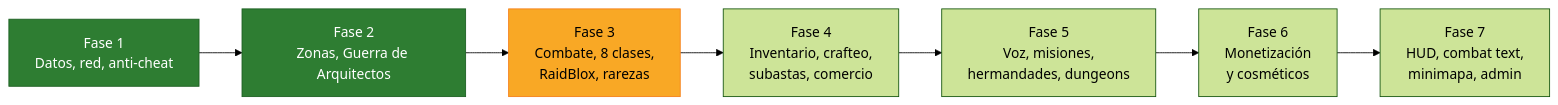
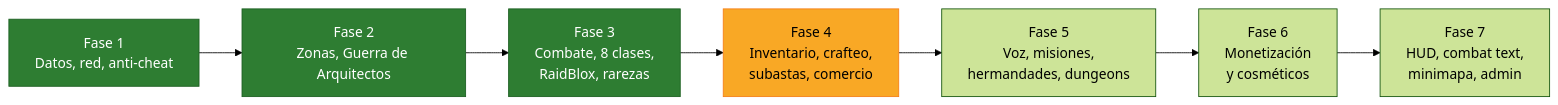
The diagram in docs/roadmap.md (vonvivant/raidblox), drawn with Mermaid (forest theme) before and after one commit. The commit also changed other lines of this file and 4 other files, not shown here.

First line of the commit message:
docs: documentación de combate con diagramas

````diff
--- a/docs/roadmap.md
+++ b/docs/roadmap.md
@@ -5,12 +5,12 @@
 ```mermaid
 flowchart LR
     F1[Fase 1<br/>Datos, red, anti-cheat]:::hecho --> F2[Fase 2<br/>Zonas, Guerra de Arquitectos]:::hecho
-    F2 --> F3[Fase 3<br/>Combate, 8 clases,<br/>RaidBlox, rarezas]:::siguiente
-    F3 --> F4[Fase 4<br/>Inventario, crafteo,<br/>subastas, comercio]
+    F2 --> F3[Fase 3<br/>Combate, 8 clases,<br/>RaidBlox, rarezas]:::hecho
+    F3 --> F4[Fase 4<br/>Inventario, crafteo,<br/>subastas, comercio]:::siguiente
     F4 --> F5[Fase 5<br/>Voz, misiones,<br/>hermandades, dungeons]
     F5 --> F6[Fase 6<br/>Monetización<br/>y cosméticos]
     F6 --> F7[Fase 7<br/>HUD, combat text,<br/>minimapa, admin]
 
     classDef hecho fill:#2e7d32,color:#fff,stroke:#1b5e20
     classDef siguiente fill:#f9a825,color:#000,stroke:#f57f17
 ```
````
